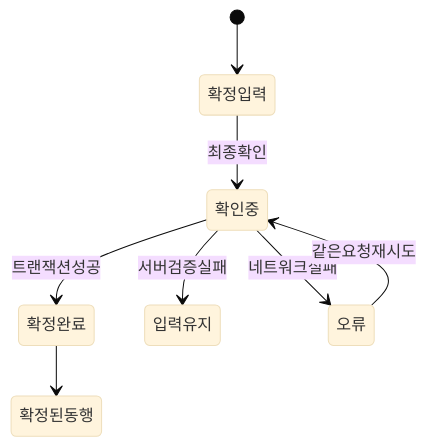
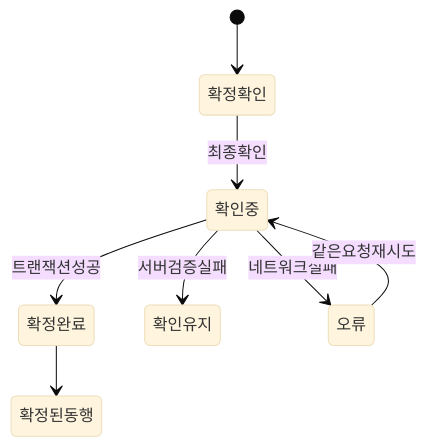
One commit to jjackbb/yumidang changed the fifth of 5 diagrams in docs/backend-plans/07-final-match.md. Above: the diagram before and after it, drawn with Mermaid (base theme). The commit also changed other lines of this file and 138 other files, not shown here.

````diff
--- a/docs/backend-plans/07-final-match.md
+++ b/docs/backend-plans/07-final-match.md
@@ -243,10 +255,10 @@
 ```mermaid
 stateDiagram-v2
-    [*] --> 확정입력
-    확정입력 --> 확인중: 최종확인
+    [*] --> 확정확인
+    확정확인 --> 확인중: 최종확인
     확인중 --> 확정완료: 트랜잭션성공
-    확인중 --> 입력유지: 서버검증실패
+    확인중 --> 확인유지: 서버검증실패
     확인중 --> 오류: 네트워크실패
     오류 --> 확인중: 같은요청재시도
     확정완료 --> 확정된동행
 ```
````
